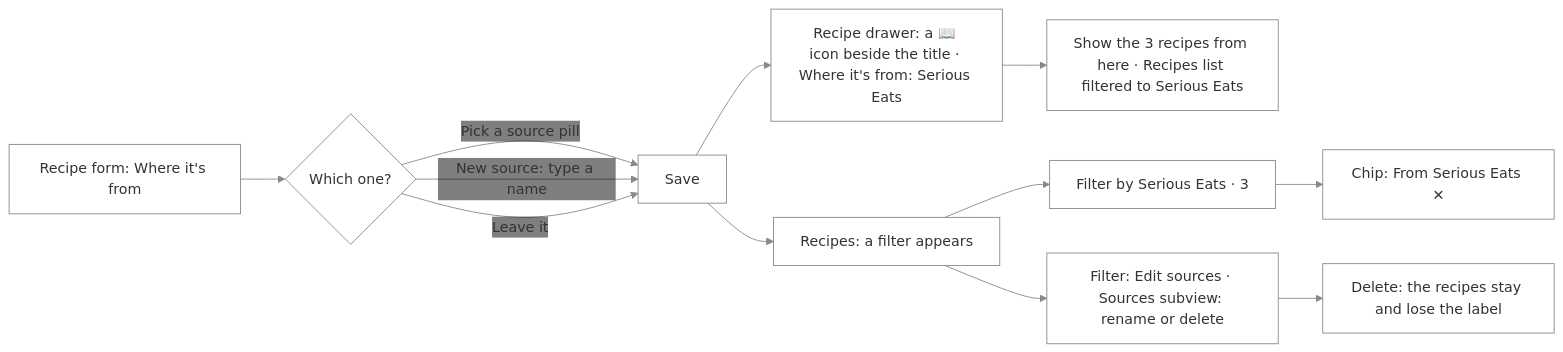
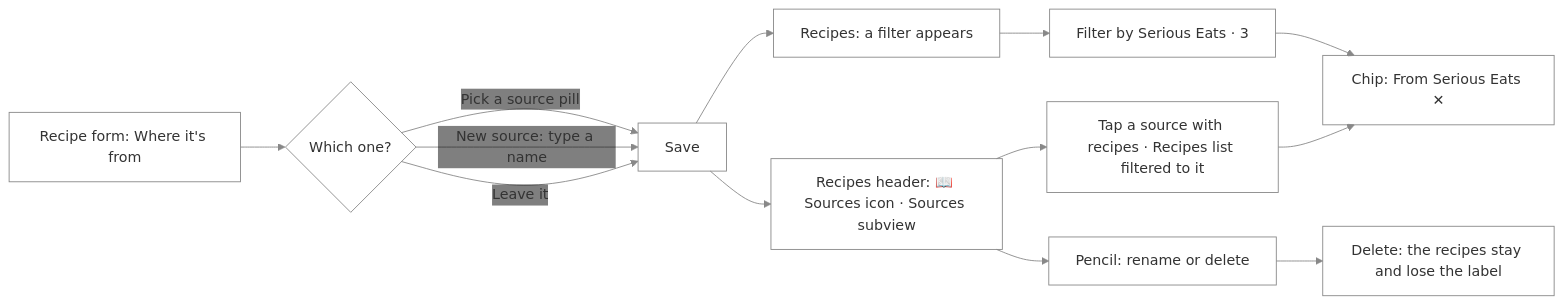
One commit to NovaMoonX/moondreams-dev-apps changed diagram 40 of 55 in src/apps/pinch/UX.md. Above: the diagram before and after it, drawn with Mermaid. The commit also changed other lines of this file and 3 other files, not shown here.

First line of the commit message:
Pinch round 7: docs for the Sources icon, its list and the removed filter link

````diff
--- a/src/apps/pinch/UX.md
+++ b/src/apps/pinch/UX.md
@@ -1342,13 +1343,13 @@
 ```mermaid
 %%{init: {'theme': 'base', 'themeVariables': {'primaryColor': 'transparent', 'clusterBkg': 'transparent', 'primaryBorderColor': '#888888', 'clusterBorder': '#888888', 'lineColor': '#888888', 'primaryTextColor': '#333333'}}}%%
 flowchart LR
     A["Recipe form: Where it's from"] --> B{"Which one?"}
     B -->|Pick a source pill| D[Save]
     B -->|New source: type a name| D
     B -->|Leave it| D
-    D --> E["Recipe drawer: a 📖 icon beside the title · Where it's from: Serious Eats"]
     D --> F["Recipes: a filter appears"]
     F --> G["Filter by Serious Eats · 3"] --> H["Chip: From Serious Eats ✕"]
-    E --> E2["Show the 3 recipes from here · Recipes list filtered to Serious Eats"]
-    F --> I["Filter: Edit sources · Sources subview: rename or delete"] --> J["Delete: the recipes stay and lose the label"]
+    D --> I["Recipes header: 📖 Sources icon · Sources subview"]
+    I --> I2["Tap a source with recipes · Recipes list filtered to it"] --> H
+    I --> J0["Pencil: rename or delete"] --> J["Delete: the recipes stay and lose the label"]
 ```
````
